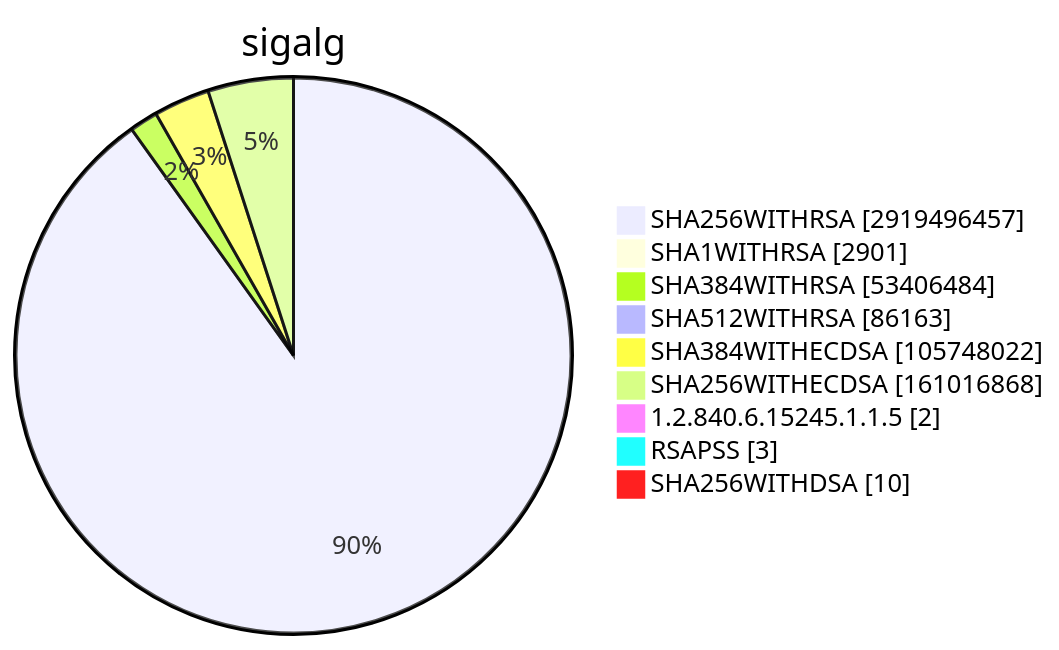
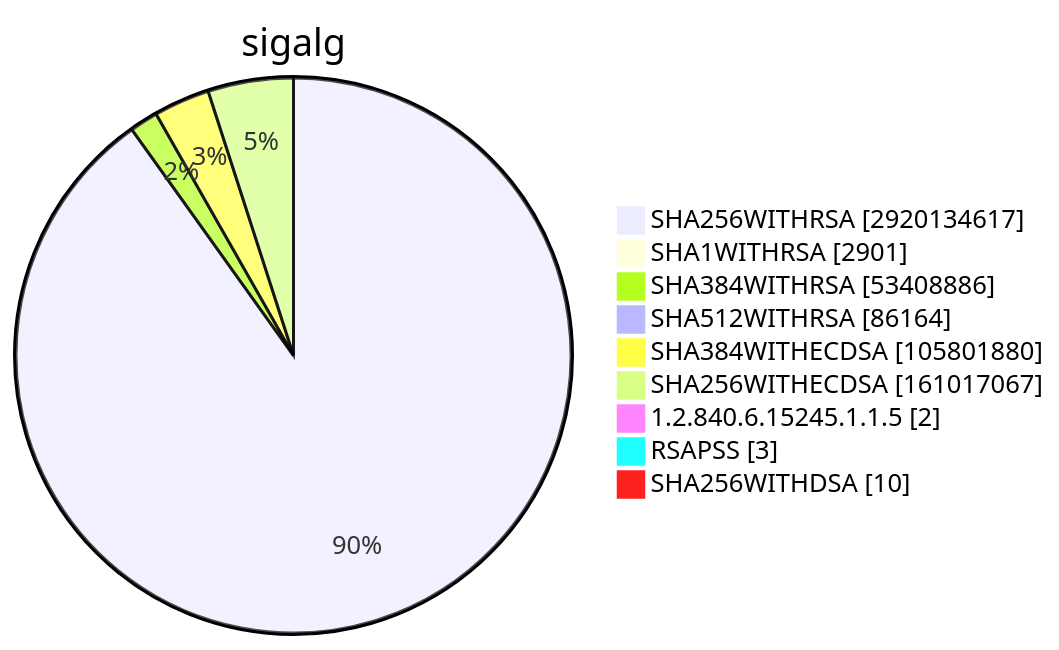
Diagram 15 of 15 in TOTAL/README.md (christiankrug/ctmonitor_visualization), drawn with Mermaid before and after one commit. The commit also changed other lines of this file, not shown here.

````diff
--- a/TOTAL/README.md
+++ b/TOTAL/README.md
@@ -6207,13 +6207,13 @@
 ```mermaid
 pie showData
 title sigalg
-"SHA256WITHRSA" :2919496457
+"SHA256WITHRSA" :2920134617
 "SHA1WITHRSA" :2901
-"SHA384WITHRSA" :53406484
-"SHA512WITHRSA" :86163
-"SHA384WITHECDSA" :105748022
-"SHA256WITHECDSA" :161016868
+"SHA384WITHRSA" :53408886
+"SHA512WITHRSA" :86164
+"SHA384WITHECDSA" :105801880
+"SHA256WITHECDSA" :161017067
 "1.2.840.6.15245.1.1.5" :2
 "RSAPSS" :3
 "SHA256WITHDSA" :10
 ```
````
